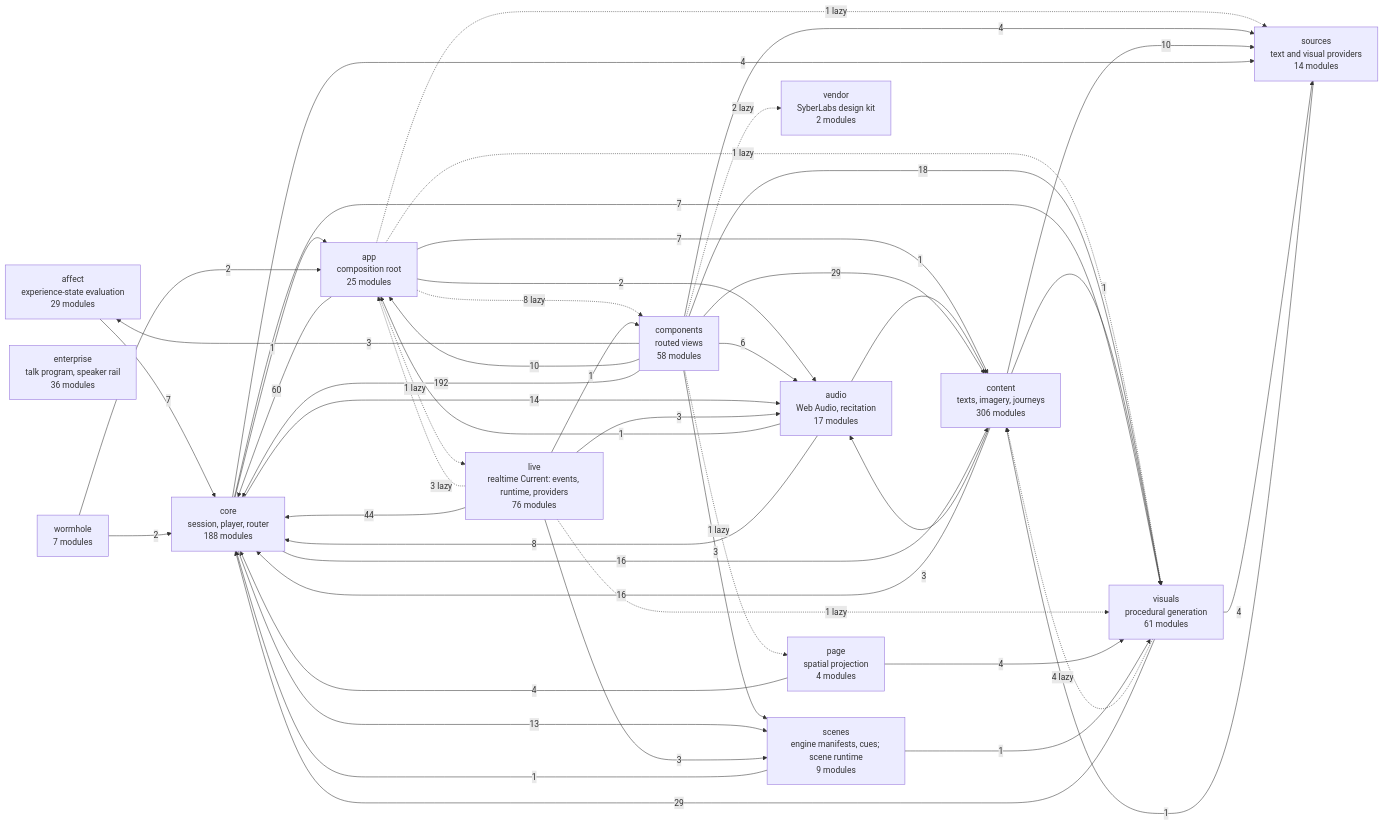
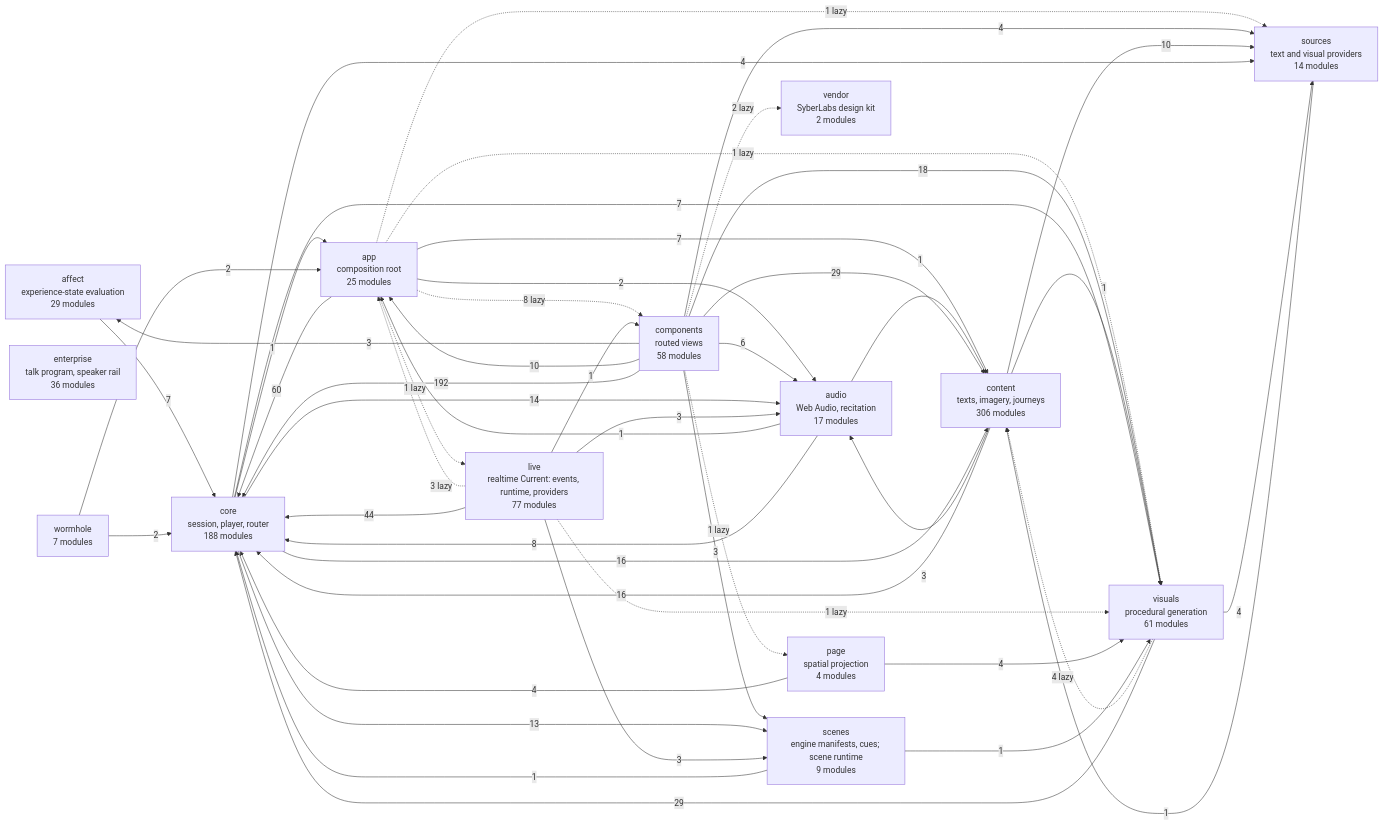
The diagram in docs/specs/ARCHITECTURE.md (SyberLabs/RISE), drawn with Mermaid before and after one commit. The commit also changed 20 other files, not shown here.

````diff
--- a/docs/specs/ARCHITECTURE.md
+++ b/docs/specs/ARCHITECTURE.md
@@ -161,65 +161,65 @@
 ```mermaid
 flowchart LR
     affect["affect<br/>experience-state evaluation<br/>29 modules"]
     app["app<br/>composition root<br/>25 modules"]
     audio["audio<br/>Web Audio, recitation<br/>17 modules"]
     components["components<br/>routed views<br/>58 modules"]
     content["content<br/>texts, imagery, journeys<br/>306 modules"]
     core["core<br/>session, player, router<br/>188 modules"]
     enterprise["enterprise<br/>talk program, speaker rail<br/>36 modules"]
-    live["live<br/>realtime Current: events, runtime, providers<br/>76 modules"]
+    live["live<br/>realtime Current: events, runtime, providers<br/>77 modules"]
     page["page<br/>spatial projection<br/>4 modules"]
     scenes["scenes<br/>engine manifests, cues; scene runtime<br/>9 modules"]
     sources["sources<br/>text and visual providers<br/>14 modules"]
     vendor["vendor<br/>SyberLabs design kit<br/>2 modules"]
     visuals["visuals<br/>procedural generation<br/>61 modules"]
     wormhole["wormhole<br/>7 modules"]
 
     affect --> |7| core
     app --> |2| audio
     app -.-> |8 lazy| components
     app --> |7| content
     app --> |60| core
     app -.-> |1 lazy| live
     app -.-> |1 lazy| sources
     app -.-> |1 lazy| visuals
     audio --> |1| app
     audio --> |1| content
     audio --> |8| core
     components --> |3| affect
     components --> |10| app
     components --> |6| audio
     components --> |29| content
     components --> |192| core
     components -.-> |1 lazy| page
     components --> |3| scenes
     components --> |4| sources
     components -.-> |2 lazy| vendor
     components --> |18| visuals
     content --> |3| audio
     content --> |16| core
     content --> |10| sources
     content --> |1| visuals
     core --> |1| app
     core --> |14| audio
     core --> |16| content
     core --> |13| scenes
     core --> |4| sources
     core --> |7| visuals
     live -.-> |3 lazy| app
     live --> |3| audio
     live --> |1| components
     live --> |44| core
     live --> |3| scenes
     live -.-> |1 lazy| visuals
     page --> |4| core
     page --> |4| visuals
     scenes --> |1| core
     scenes --> |1| visuals
     sources --> |1| content
     visuals -.-> |4 lazy| content
     visuals --> |29| core
     visuals --> |4| sources
     wormhole --> |2| app
     wormhole --> |2| core
 ```
````
